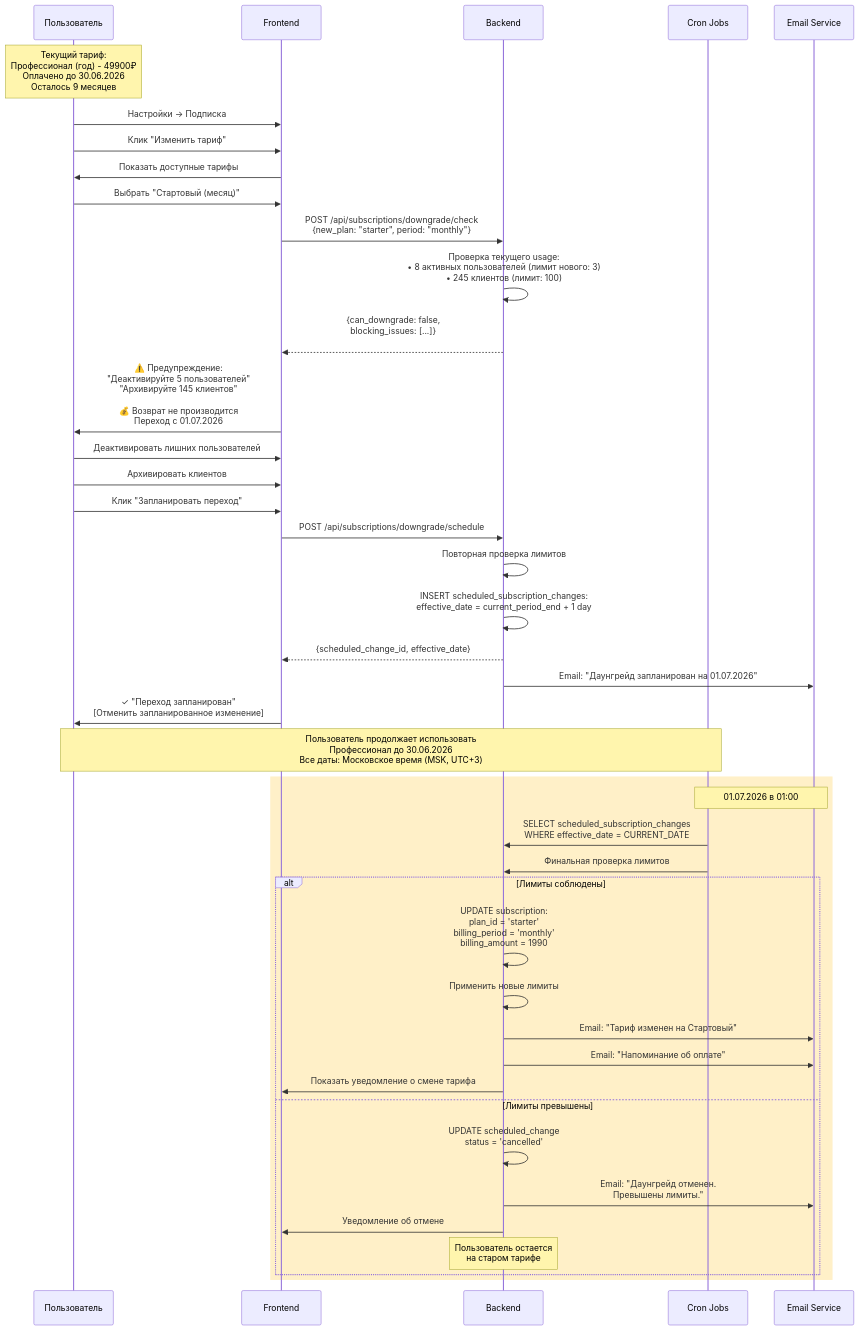
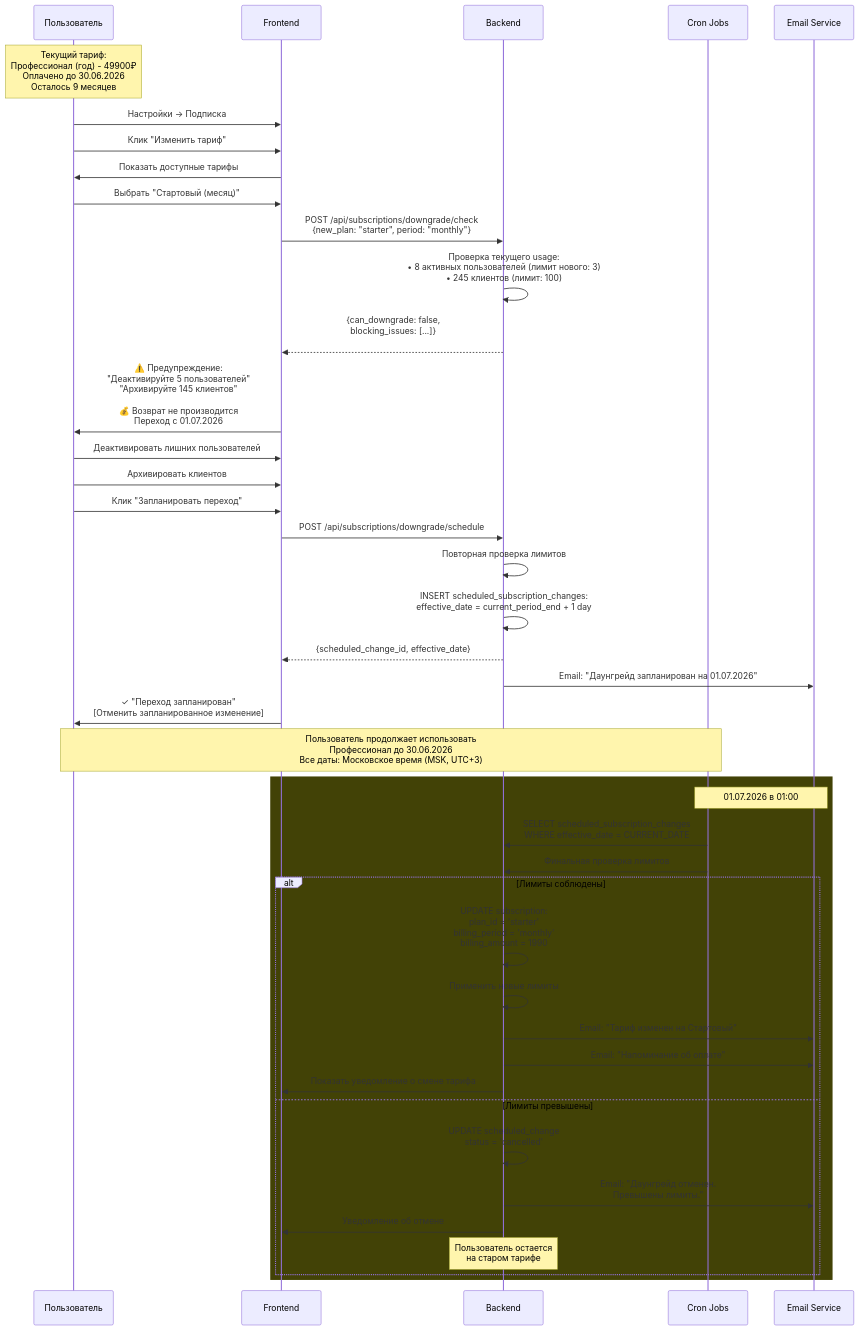
One commit to timz/anicrm-vuexy changed the fifth of 6 diagrams in tmp/anicrm-subscription-workflow.md. Above: the diagram before and after it, drawn with Mermaid. The commit also changed other lines of this file and 5 other files, not shown here.

````diff
--- a/tmp/anicrm-subscription-workflow.md
+++ b/tmp/anicrm-subscription-workflow.md
@@ -300,60 +300,60 @@
 ```mermaid
 sequenceDiagram
     participant U as Пользователь
     participant F as Frontend
     participant B as Backend
     participant C as Cron Jobs
     participant E as Email Service
     
     Note over U: Текущий тариф:<br/>Профессионал (год) - 49900₽<br/>Оплачено до 30.06.2026<br/>Осталось 9 месяцев
     
     U->>F: Настройки → Подписка
     U->>F: Клик "Изменить тариф"
     F->>U: Показать доступные тарифы
     
     U->>F: Выбрать "Стартовый (месяц)"
     F->>B: POST /api/subscriptions/downgrade/check<br/>{new_plan: "starter", period: "monthly"}
     
     B->>B: Проверка текущего usage:<br/>• 8 активных пользователей (лимит нового: 3)<br/>• 245 клиентов (лимит: 100)
     
     B-->>F: {can_downgrade: false,<br/>blocking_issues: [...]}<br/>
     
     F->>U: ⚠️ Предупреждение:<br/>"Деактивируйте 5 пользователей"<br/>"Архивируйте 145 клиентов"<br/><br/>💰 Возврат не производится<br/>Переход с 01.07.2026
     
     U->>F: Деактивировать лишних пользователей
     U->>F: Архивировать клиентов
     
     U->>F: Клик "Запланировать переход"
     F->>B: POST /api/subscriptions/downgrade/schedule
     
     B->>B: Повторная проверка лимитов
     B->>B: INSERT scheduled_subscription_changes:<br/>effective_date = current_period_end + 1 day
     
     B-->>F: {scheduled_change_id, effective_date}
     B->>E: Email: "Даунгрейд запланирован на 01.07.2026"
     
     F->>U: ✓ "Переход запланирован"<br/>[Отменить запланированное изменение]
     
     Note over U,C: Пользователь продолжает использовать<br/>Профессионал до 30.06.2026<br/>Все даты: Московское время (MSK, UTC+3)
     
-    rect rgb(255, 240, 200)
+    rect rgb(66, 66, 6)
         Note over C,E: 01.07.2026 в 01:00
         C->>B: SELECT scheduled_subscription_changes<br/>WHERE effective_date = CURRENT_DATE
         
         C->>B: Финальная проверка лимитов
         
         alt Лимиты соблюдены
             B->>B: UPDATE subscription:<br/>plan_id = 'starter'<br/>billing_period = 'monthly'<br/>billing_amount = 1990
             
             B->>B: Применить новые лимиты
             B->>E: Email: "Тариф изменен на Стартовый"
             B->>E: Email: "Напоминание об оплате"
             B->>F: Показать уведомление о смене тарифа
         else Лимиты превышены
             B->>B: UPDATE scheduled_change<br/>status = 'cancelled'
             B->>E: Email: "Даунгрейд отменен.<br/>Превышены лимиты."
             B->>F: Уведомление об отмене
             Note over B: Пользователь остается<br/>на старом тарифе
         end
     end
 ```
````
